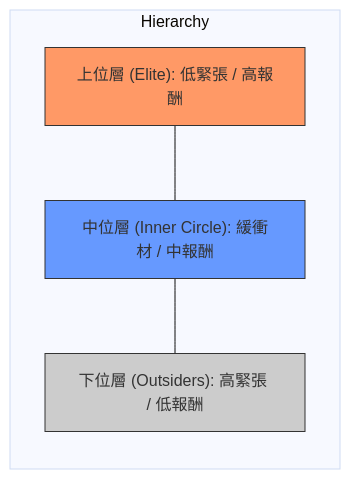
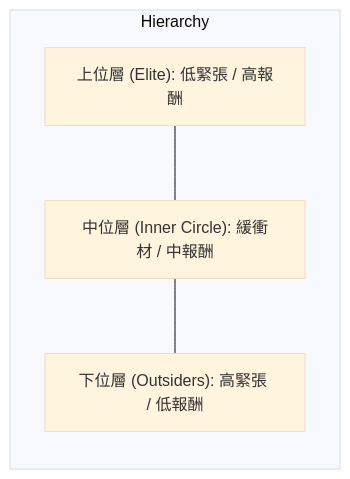
One commit to aikenkyu001/PKGF_Intelligence_Emergence changed the second of 3 diagrams in Docs/PKGF_Academic_Paper_jp.md. Above: the diagram before and after it, drawn with Mermaid (base theme). The commit also changed other lines of this file and 1 other file, not shown here.

````diff
--- a/Docs/PKGF_Academic_Paper_jp.md
+++ b/Docs/PKGF_Academic_Paper_jp.md
@@ -104,15 +104,10 @@
 ```mermaid
 graph BT
     subgraph Hierarchy
         L["上位層 (Elite): 低緊張 / 高報酬"]
         M["中位層 (Inner Circle): 緩衝材 / 中報酬"]
         B["下位層 (Outsiders): 高緊張 / 低報酬"]
     end
-    
     L --- M
     M --- B
-    
-    style L fill:#f96,stroke:#333
-    style M fill:#69f,stroke:#333
-    style B fill:#ccc,stroke:#333
 ```
````
